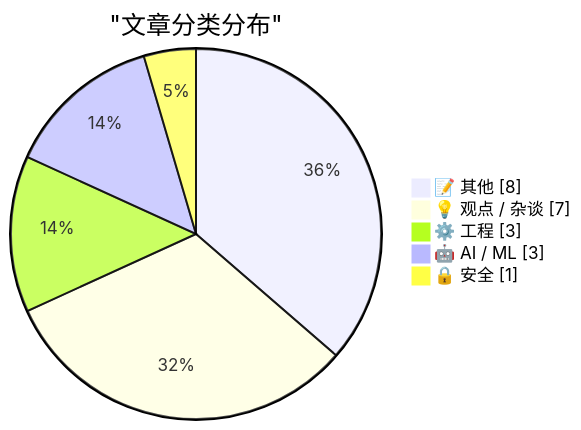
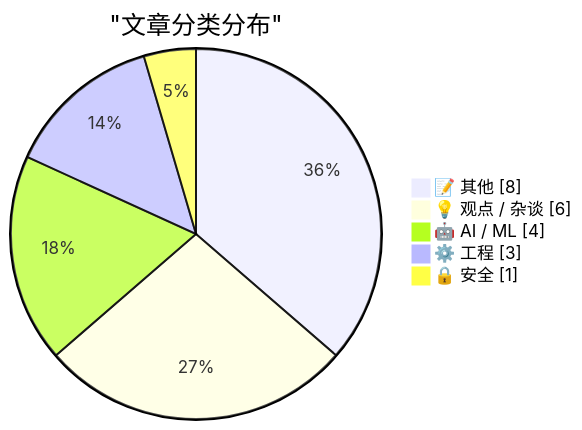
Before and after one commit to hustlyt/ai-daily-digest: the first of 2 diagrams in src/content/digest/2026-02-26.md, drawn with Mermaid. The commit also changed other lines of this file, not shown here.

````diff
--- a/src/content/digest/2026-02-26.md
+++ b/src/content/digest/2026-02-26.md
@@ -60,9 +60,9 @@
 ```mermaid
 pie showData
     title "文章分类分布"
     "📝 其他" : 8
-    "💡 观点 / 杂谈" : 7
+    "💡 观点 / 杂谈" : 6
+    "🤖 AI / ML" : 4
     "⚙️ 工程" : 3
-    "🤖 AI / ML" : 3
     "🔒 安全" : 1
 ```
````
